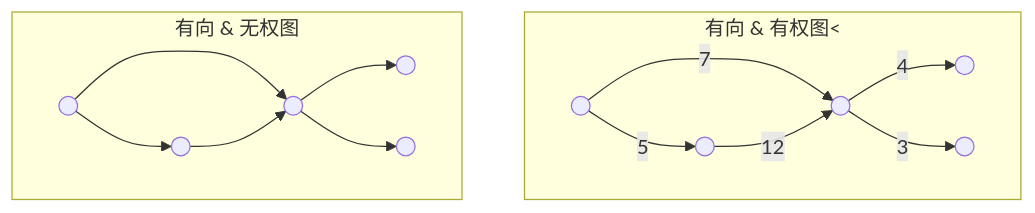
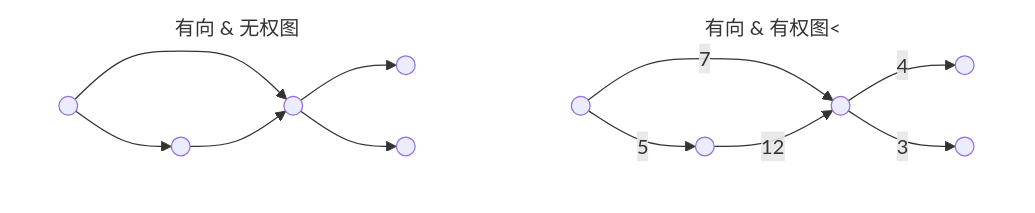
One commit to uncle-yi/uncle-yi.github.io changed the second of 8 diagrams in _posts/2023-01-18-graph-neural-network-basics.md. Above: the diagram before and after it, drawn with Mermaid. The commit also changed other lines of this file, not shown here.

````diff
--- a/_posts/2023-01-18-graph-neural-network-basics.md
+++ b/_posts/2023-01-18-graph-neural-network-basics.md
@@ -45,31 +46,34 @@
 ```mermaid
 flowchart TB
 
-subgraph "有向 & 有权图<"
+subgraph s1 ["有向 & 有权图<"]
 R1(( ))
 R2(( ))
 R3(( ))
 R4(( ))
 R5(( ))
 
 R1--5-->R2
 R1--7-->R3
 R2--12-->R3
 R3--4-->R4
 R3--3-->R5
 end
 
-subgraph "有向 & 无权图"
+subgraph s2 ["有向 & 无权图"]
 L1(( ))
 L2(( ))
 L3(( ))
 L4(( ))
 L5(( ))
 
 L1-->L2
 L1-->L3
 L2-->L3
 L3-->L4
 L3-->L5
 end
+
+class s1,s2 noback;
+classDef noback fill:#fff0, stroke:#fff0;
 ```
````
